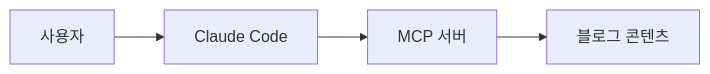
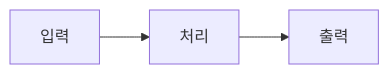
Before and after one commit to bborok1234/mirlim.blog: the diagram in .claude/commands/write-post.md, drawn with Mermaid. The commit also changed other lines of this file and 4 other files, not shown here.

````diff
--- a/.claude/commands/write-post.md
+++ b/.claude/commands/write-post.md
@@ -149,6 +164,4 @@
 ```mermaid
 graph LR
-  A[사용자] --> B[Claude Code]
-  B --> C[MCP 서버]
-  C --> D[블로그 콘텐츠]
+  A["입력"] --> B["처리"] --> C["출력"]
 ```
````
